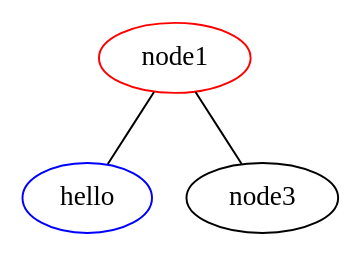
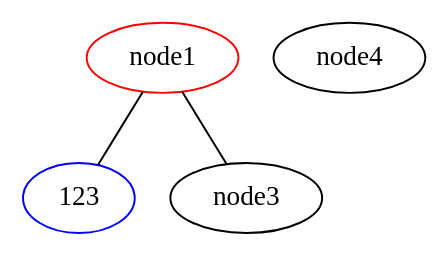
One commit to acachadina/6CCS3MDE_Coursework changed the diagram in 2021-dot-runtime/TestDot/src/test.dot. Above: the diagram before and after it, drawn with Graphviz. The commit also changed 38 other files, not shown here.

```diff
--- a/2021-dot-runtime/TestDot/src/test.dot
+++ b/2021-dot-runtime/TestDot/src/test.dot
@@ -1,7 +1,9 @@
 graph anna {
 	node1 [color = red, label=node1]
-	node2 [color=blue, marta=hola, label=hello]
+	node2 [color=blue, marta=hola, label=123]
 	node3 
+	node4
 	
 	node1 -- {node2 node3}
+	
 }
```
